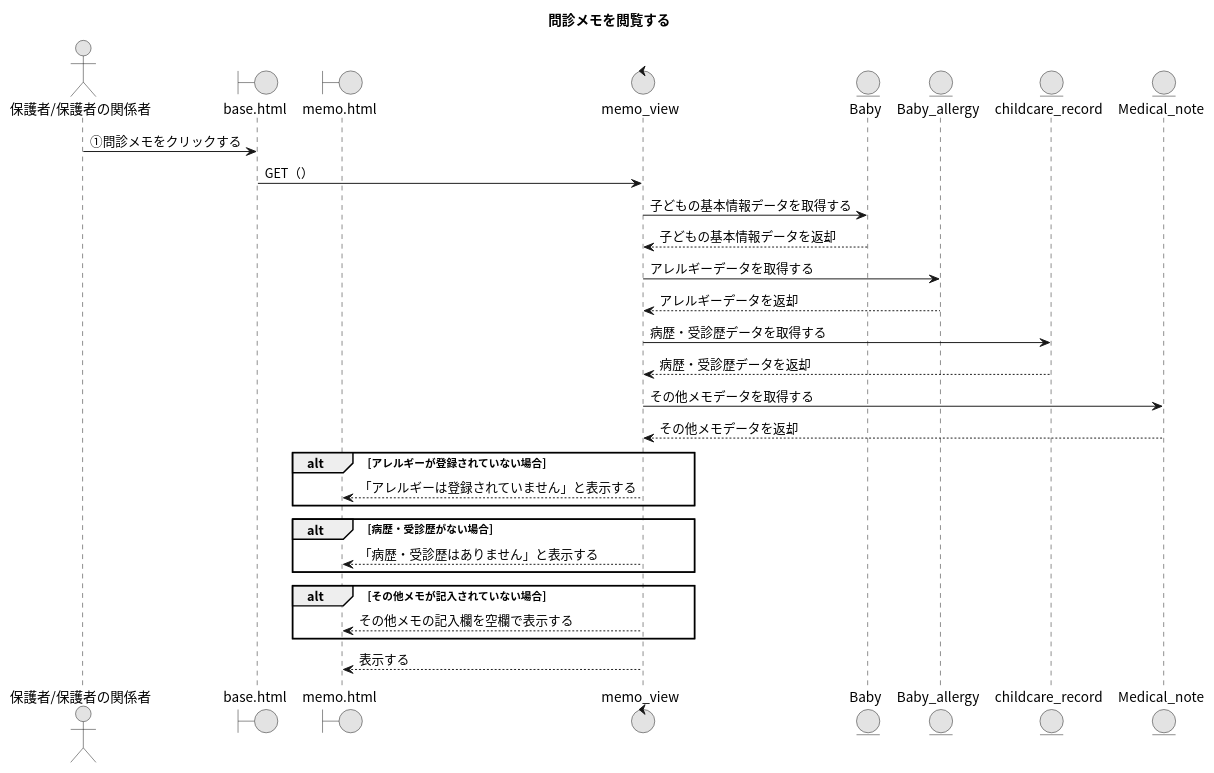
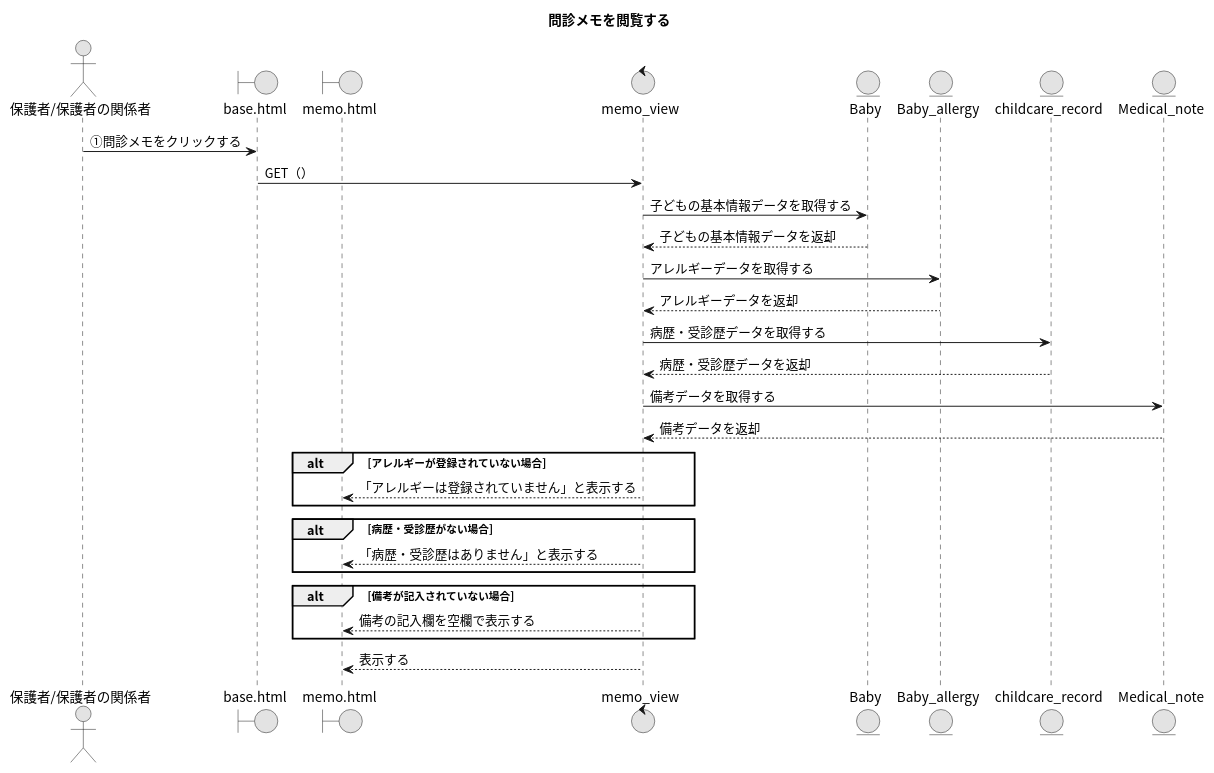
Before and after one commit to Ma2naga190330/26_sotugyou_puml: the diagram in 16_問診メモを閲覧する.puml, drawn with PlantUML. The commit also changed 2 other files, not shown here.

```diff
--- a/16_問診メモを閲覧する.puml
+++ b/16_問診メモを閲覧する.puml
@@ -1,37 +1,37 @@
 @startuml
 title 問診メモを閲覧する
 skinparam defaultFontName "Noto Sans CJK JP"
 skinparam monochrome true
 
 actor "保護者/保護者の関係者" as A
 boundary "base.html" as BP
 boundary "memo.html" as MP
 control "memo_view" as MV
 entity "Baby" as BM
 entity "Baby_allergy" as BAM
 ' 育児記録--病歴/受診歴
 entity "childcare_record" as CM
 ' 問診メモ（備考）
 entity "Medical_note" as MNM
 
 A -> BP : ①問診メモをクリックする
 BP -> MV : GET（）
 MV -> BM : 子どもの基本情報データを取得する
 MV <-- BM : 子どもの基本情報データを返却
 MV -> BAM : アレルギーデータを取得する
 MV <-- BAM : アレルギーデータを返却
 MV -> CM : 病歴・受診歴データを取得する
 MV <-- CM : 病歴・受診歴データを返却
-MV -> MNM : その他メモデータを取得する
-MV <-- MNM : その他メモデータを返却
+MV -> MNM : 備考データを取得する
+MV <-- MNM : 備考データを返却
 alt アレルギーが登録されていない場合
   MV --> MP : 「アレルギーは登録されていません」と表示する
 end
 alt 病歴・受診歴がない場合
   MV --> MP : 「病歴・受診歴はありません」と表示する
 end
-alt その他メモが記入されていない場合
-  MV --> MP : その他メモの記入欄を空欄で表示する
+alt 備考が記入されていない場合
+  MV --> MP : 備考の記入欄を空欄で表示する
 end
 MV --> MP : 表示する
 @enduml
```
